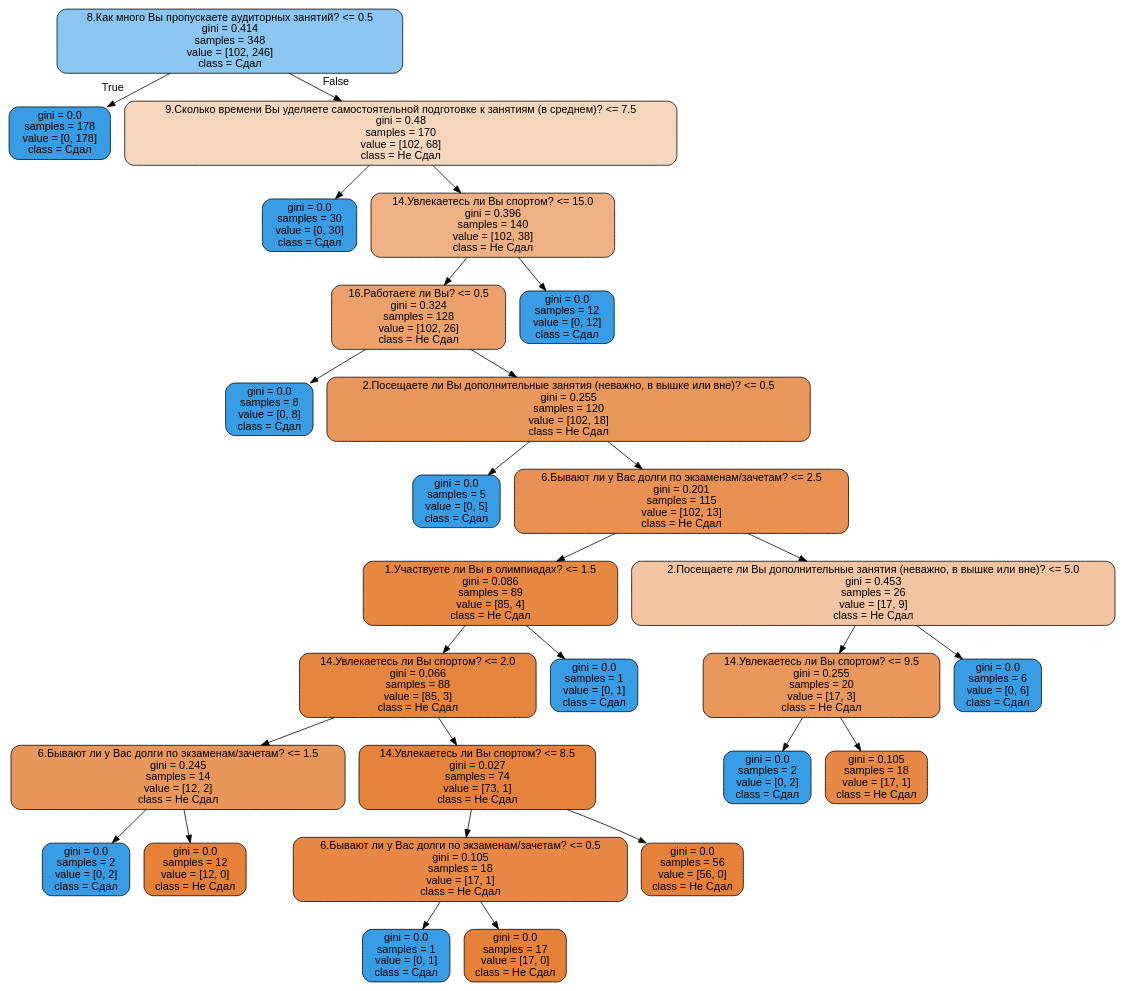
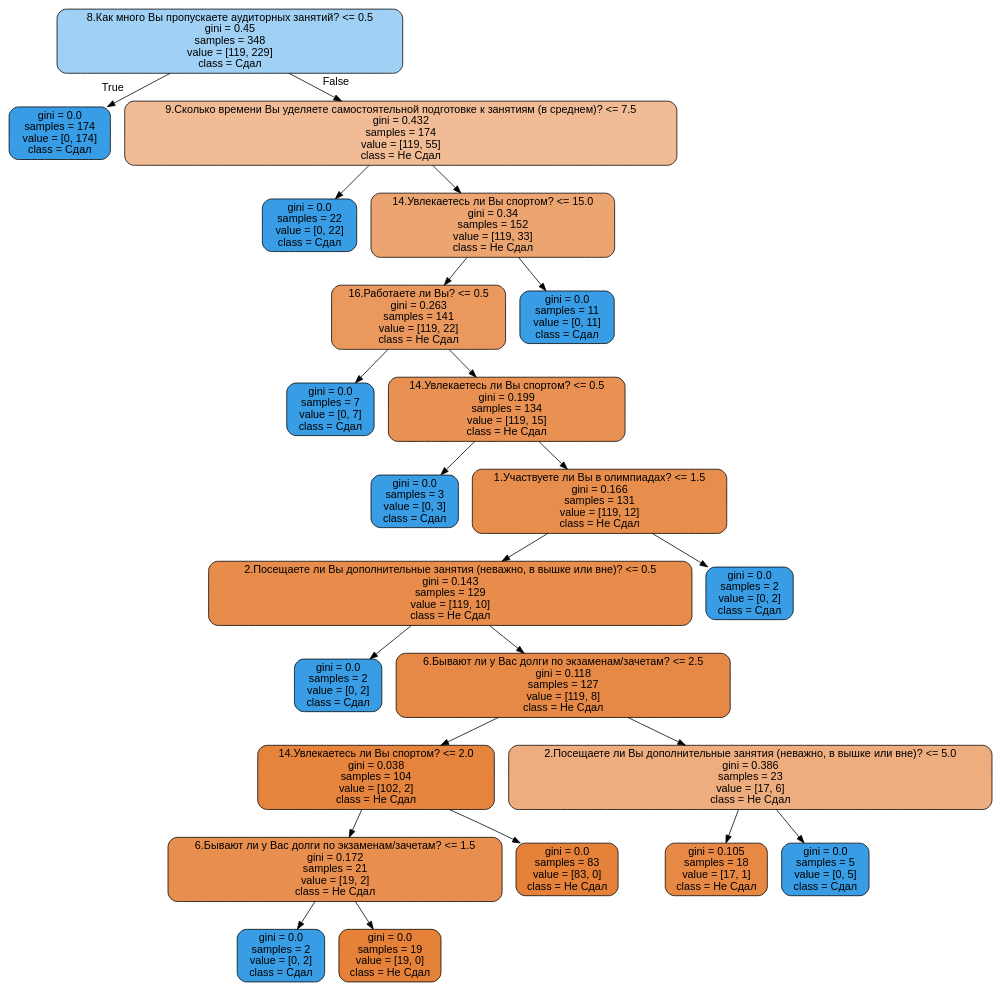
One commit to alexgiving/coursework_3 changed the diagram in myTreeName.dot. Above: the diagram before and after it, drawn with Graphviz. The commit also changed 2 other files, not shown here.

```diff
--- a/myTreeName.dot
+++ b/myTreeName.dot
@@ -1,57 +1,49 @@
 digraph Tree {
 node [shape=box, style="filled, rounded", color="black", fontname="helvetica"] ;
 edge [fontname="helvetica"] ;
-0 [label="8.Как много Вы пропускаете аудиторных занятий? <= 0.5\ngini = 0.414\nsamples = 348\nvalue = [102, 246]\nclass = Сдал", fillcolor="#8bc6f0"] ;
-1 [label="gini = 0.0\nsamples = 178\nvalue = [0, 178]\nclass = Сдал", fillcolor="#399de5"] ;
+0 [label="8.Как много Вы пропускаете аудиторных занятий? <= 0.5\ngini = 0.45\nsamples = 348\nvalue = [119, 229]\nclass = Сдал", fillcolor="#a0d0f3"] ;
+1 [label="gini = 0.0\nsamples = 174\nvalue = [0, 174]\nclass = Сдал", fillcolor="#399de5"] ;
 0 -> 1 [labeldistance=2.5, labelangle=45, headlabel="True"] ;
-2 [label="9.Сколько времени Вы уделяете самостоятельной подготовке к занятиям (в среднем)? <= 7.5\ngini = 0.48\nsamples = 170\nvalue = [102, 68]\nclass = Не Сдал", fillcolor="#f6d5bd"] ;
+2 [label="9.Сколько времени Вы уделяете самостоятельной подготовке к занятиям (в среднем)? <= 7.5\ngini = 0.432\nsamples = 174\nvalue = [119, 55]\nclass = Не Сдал", fillcolor="#f1bb95"] ;
 0 -> 2 [labeldistance=2.5, labelangle=-45, headlabel="False"] ;
-3 [label="gini = 0.0\nsamples = 30\nvalue = [0, 30]\nclass = Сдал", fillcolor="#399de5"] ;
+3 [label="gini = 0.0\nsamples = 22\nvalue = [0, 22]\nclass = Сдал", fillcolor="#399de5"] ;
 2 -> 3 ;
-4 [label="14.Увлекаетесь ли Вы спортом? <= 15.0\ngini = 0.396\nsamples = 140\nvalue = [102, 38]\nclass = Не Сдал", fillcolor="#efb083"] ;
+4 [label="14.Увлекаетесь ли Вы спортом? <= 15.0\ngini = 0.34\nsamples = 152\nvalue = [119, 33]\nclass = Не Сдал", fillcolor="#eca470"] ;
 2 -> 4 ;
-5 [label="16.Работаете ли Вы? <= 0.5\ngini = 0.324\nsamples = 128\nvalue = [102, 26]\nclass = Не Сдал", fillcolor="#eca16b"] ;
+5 [label="16.Работаете ли Вы? <= 0.5\ngini = 0.263\nsamples = 141\nvalue = [119, 22]\nclass = Не Сдал", fillcolor="#ea985e"] ;
 4 -> 5 ;
-6 [label="gini = 0.0\nsamples = 8\nvalue = [0, 8]\nclass = Сдал", fillcolor="#399de5"] ;
+6 [label="gini = 0.0\nsamples = 7\nvalue = [0, 7]\nclass = Сдал", fillcolor="#399de5"] ;
 5 -> 6 ;
-7 [label="2.Посещаете ли Вы дополнительные занятия (неважно, в вышке или вне)? <= 0.5\ngini = 0.255\nsamples = 120\nvalue = [102, 18]\nclass = Не Сдал", fillcolor="#ea975c"] ;
+7 [label="14.Увлекаетесь ли Вы спортом? <= 0.5\ngini = 0.199\nsamples = 134\nvalue = [119, 15]\nclass = Не Сдал", fillcolor="#e89152"] ;
 5 -> 7 ;
-8 [label="gini = 0.0\nsamples = 5\nvalue = [0, 5]\nclass = Сдал", fillcolor="#399de5"] ;
+8 [label="gini = 0.0\nsamples = 3\nvalue = [0, 3]\nclass = Сдал", fillcolor="#399de5"] ;
 7 -> 8 ;
-9 [label="6.Бывают ли у Вас долги по экзаменам/зачетам? <= 2.5\ngini = 0.201\nsamples = 115\nvalue = [102, 13]\nclass = Не Сдал", fillcolor="#e89152"] ;
+9 [label="1.Участвуете ли Вы в олимпиадах? <= 1.5\ngini = 0.166\nsamples = 131\nvalue = [119, 12]\nclass = Не Сдал", fillcolor="#e88e4d"] ;
 7 -> 9 ;
-10 [label="1.Участвуете ли Вы в олимпиадах? <= 1.5\ngini = 0.086\nsamples = 89\nvalue = [85, 4]\nclass = Не Сдал", fillcolor="#e68742"] ;
+10 [label="2.Посещаете ли Вы дополнительные занятия (неважно, в вышке или вне)? <= 0.5\ngini = 0.143\nsamples = 129\nvalue = [119, 10]\nclass = Не Сдал", fillcolor="#e78c4a"] ;
 9 -> 10 ;
-11 [label="14.Увлекаетесь ли Вы спортом? <= 2.0\ngini = 0.066\nsamples = 88\nvalue = [85, 3]\nclass = Не Сдал", fillcolor="#e68540"] ;
+11 [label="gini = 0.0\nsamples = 2\nvalue = [0, 2]\nclass = Сдал", fillcolor="#399de5"] ;
 10 -> 11 ;
-12 [label="6.Бывают ли у Вас долги по экзаменам/зачетам? <= 1.5\ngini = 0.245\nsamples = 14\nvalue = [12, 2]\nclass = Не Сдал", fillcolor="#e9965a"] ;
-11 -> 12 ;
-13 [label="gini = 0.0\nsamples = 2\nvalue = [0, 2]\nclass = Сдал", fillcolor="#399de5"] ;
+12 [label="6.Бывают ли у Вас долги по экзаменам/зачетам? <= 2.5\ngini = 0.118\nsamples = 127\nvalue = [119, 8]\nclass = Не Сдал", fillcolor="#e78946"] ;
+10 -> 12 ;
+13 [label="14.Увлекаетесь ли Вы спортом? <= 2.0\ngini = 0.038\nsamples = 104\nvalue = [102, 2]\nclass = Не Сдал", fillcolor="#e6833d"] ;
 12 -> 13 ;
-14 [label="gini = 0.0\nsamples = 12\nvalue = [12, 0]\nclass = Не Сдал", fillcolor="#e58139"] ;
-12 -> 14 ;
-15 [label="14.Увлекаетесь ли Вы спортом? <= 8.5\ngini = 0.027\nsamples = 74\nvalue = [73, 1]\nclass = Не Сдал", fillcolor="#e5833c"] ;
-11 -> 15 ;
-16 [label="6.Бывают ли у Вас долги по экзаменам/зачетам? <= 0.5\ngini = 0.105\nsamples = 18\nvalue = [17, 1]\nclass = Не Сдал", fillcolor="#e78845"] ;
-15 -> 16 ;
-17 [label="gini = 0.0\nsamples = 1\nvalue = [0, 1]\nclass = Сдал", fillcolor="#399de5"] ;
-16 -> 17 ;
-18 [label="gini = 0.0\nsamples = 17\nvalue = [17, 0]\nclass = Не Сдал", fillcolor="#e58139"] ;
-16 -> 18 ;
-19 [label="gini = 0.0\nsamples = 56\nvalue = [56, 0]\nclass = Не Сдал", fillcolor="#e58139"] ;
-15 -> 19 ;
-20 [label="gini = 0.0\nsamples = 1\nvalue = [0, 1]\nclass = Сдал", fillcolor="#399de5"] ;
-10 -> 20 ;
-21 [label="2.Посещаете ли Вы дополнительные занятия (неважно, в вышке или вне)? <= 5.0\ngini = 0.453\nsamples = 26\nvalue = [17, 9]\nclass = Не Сдал", fillcolor="#f3c4a2"] ;
+14 [label="6.Бывают ли у Вас долги по экзаменам/зачетам? <= 1.5\ngini = 0.172\nsamples = 21\nvalue = [19, 2]\nclass = Не Сдал", fillcolor="#e88e4e"] ;
+13 -> 14 ;
+15 [label="gini = 0.0\nsamples = 2\nvalue = [0, 2]\nclass = Сдал", fillcolor="#399de5"] ;
+14 -> 15 ;
+16 [label="gini = 0.0\nsamples = 19\nvalue = [19, 0]\nclass = Не Сдал", fillcolor="#e58139"] ;
+14 -> 16 ;
+17 [label="gini = 0.0\nsamples = 83\nvalue = [83, 0]\nclass = Не Сдал", fillcolor="#e58139"] ;
+13 -> 17 ;
+18 [label="2.Посещаете ли Вы дополнительные занятия (неважно, в вышке или вне)? <= 5.0\ngini = 0.386\nsamples = 23\nvalue = [17, 6]\nclass = Не Сдал", fillcolor="#eead7f"] ;
+12 -> 18 ;
+19 [label="gini = 0.105\nsamples = 18\nvalue = [17, 1]\nclass = Не Сдал", fillcolor="#e78845"] ;
+18 -> 19 ;
+20 [label="gini = 0.0\nsamples = 5\nvalue = [0, 5]\nclass = Сдал", fillcolor="#399de5"] ;
+18 -> 20 ;
+21 [label="gini = 0.0\nsamples = 2\nvalue = [0, 2]\nclass = Сдал", fillcolor="#399de5"] ;
 9 -> 21 ;
-22 [label="14.Увлекаетесь ли Вы спортом? <= 9.5\ngini = 0.255\nsamples = 20\nvalue = [17, 3]\nclass = Не Сдал", fillcolor="#ea975c"] ;
-21 -> 22 ;
-23 [label="gini = 0.0\nsamples = 2\nvalue = [0, 2]\nclass = Сдал", fillcolor="#399de5"] ;
-22 -> 23 ;
-24 [label="gini = 0.105\nsamples = 18\nvalue = [17, 1]\nclass = Не Сдал", fillcolor="#e78845"] ;
-22 -> 24 ;
-25 [label="gini = 0.0\nsamples = 6\nvalue = [0, 6]\nclass = Сдал", fillcolor="#399de5"] ;
-21 -> 25 ;
-26 [label="gini = 0.0\nsamples = 12\nvalue = [0, 12]\nclass = Сдал", fillcolor="#399de5"] ;
-4 -> 26 ;
+22 [label="gini = 0.0\nsamples = 11\nvalue = [0, 11]\nclass = Сдал", fillcolor="#399de5"] ;
+4 -> 22 ;
 }
```
